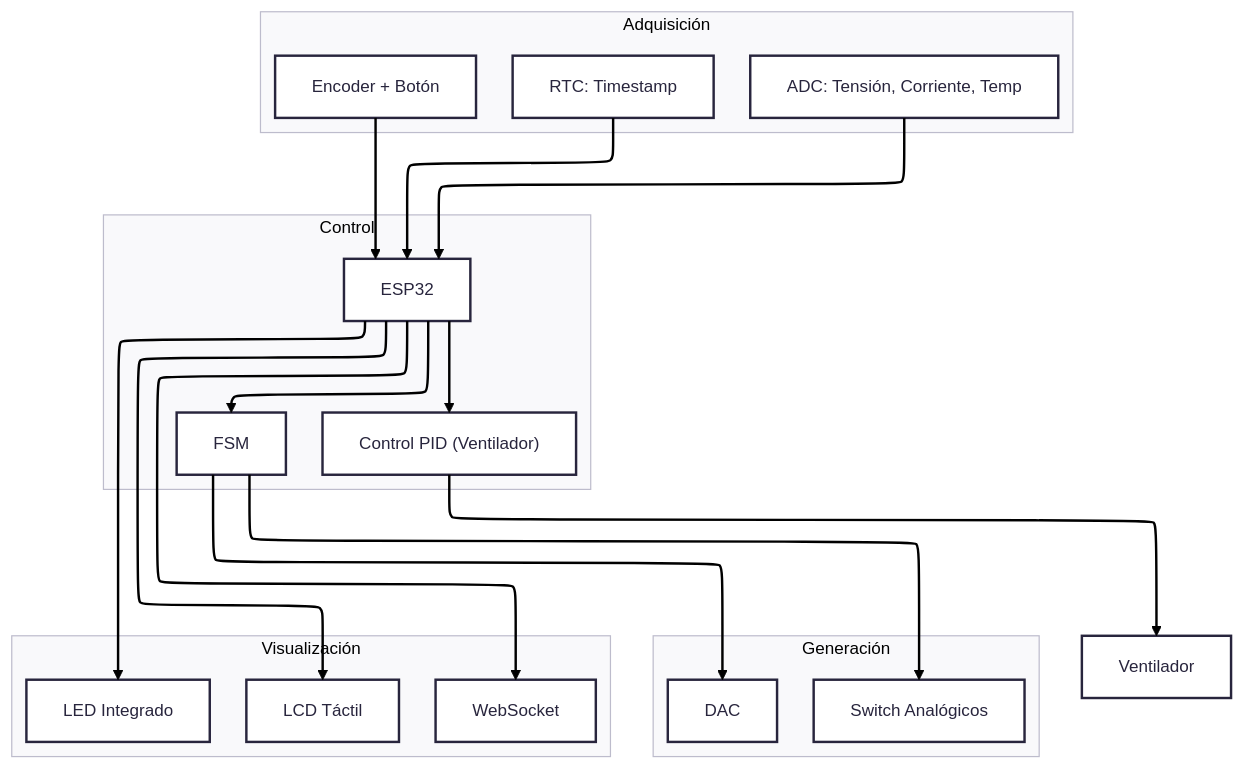
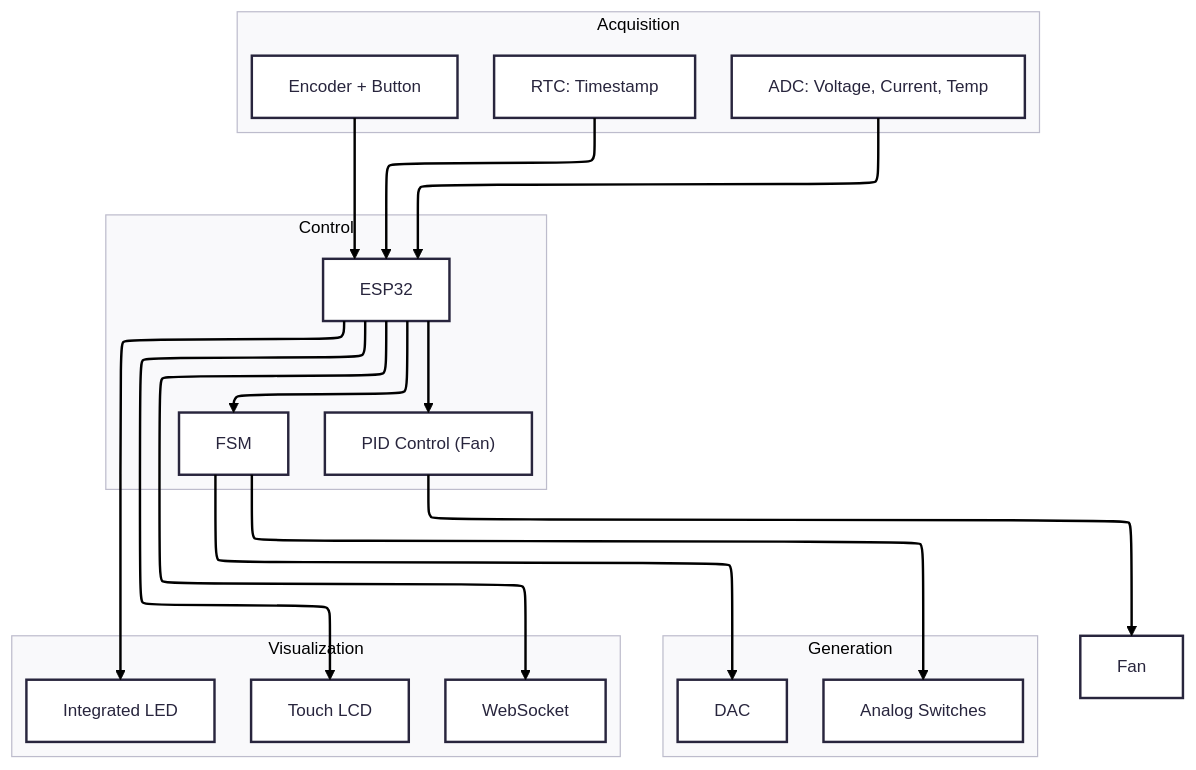
Before and after one commit to lucas-vidmar/electronic-load: the second of 3 diagrams in docs/index.md, drawn with Mermaid. The commit also changed other lines of this file and 1 other file, not shown here.

Commit message:
diagrams in english

```diff
--- a/docs/index.md
+++ b/docs/index.md
@@ -69,33 +69,33 @@
 <div class="mermaid">
 ---
 config:
   theme: redux
   layout: elk
 ---
 flowchart TD
- subgraph s1["Adquisición"]
-        ADC["ADC: Tensión, Corriente, Temp"]
+ subgraph s1["Acquisition"]
+        ADC["ADC: Voltage, Current, Temp"]
         RTC["RTC: Timestamp"]
-        Enc["Encoder + Botón"]
+        Enc["Encoder + Button"]
   end
  subgraph Control["Control"]
         MCU["ESP32"]
         FSM["FSM"]
-        PID["Control PID (Ventilador)"]
+        PID["PID Control (Fan)"]
   end
- subgraph s2["Generación"]
+ subgraph s2["Generation"]
         DAC["DAC"]
-        SW["Switch Analógicos"]
+        SW["Analog Switches"]
   end
- subgraph s3["Visualización"]
-        LCD["LCD Táctil"]
+ subgraph s3["Visualization"]
+        LCD["Touch LCD"]
         WS["WebSocket"]
-        LED["LED Integrado"]
+        LED["Integrated LED"]
   end
     ADC --> MCU
     RTC --> MCU
     Enc --> MCU
     MCU --> FSM & PID & LCD & WS & LED
     FSM --> DAC & SW
-    PID --> FAN["Ventilador"]
+    PID --> FAN["Fan"]
 </div>
```
